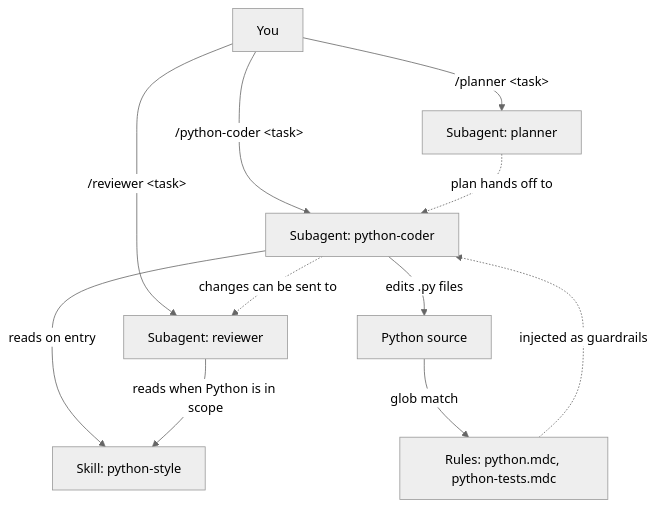
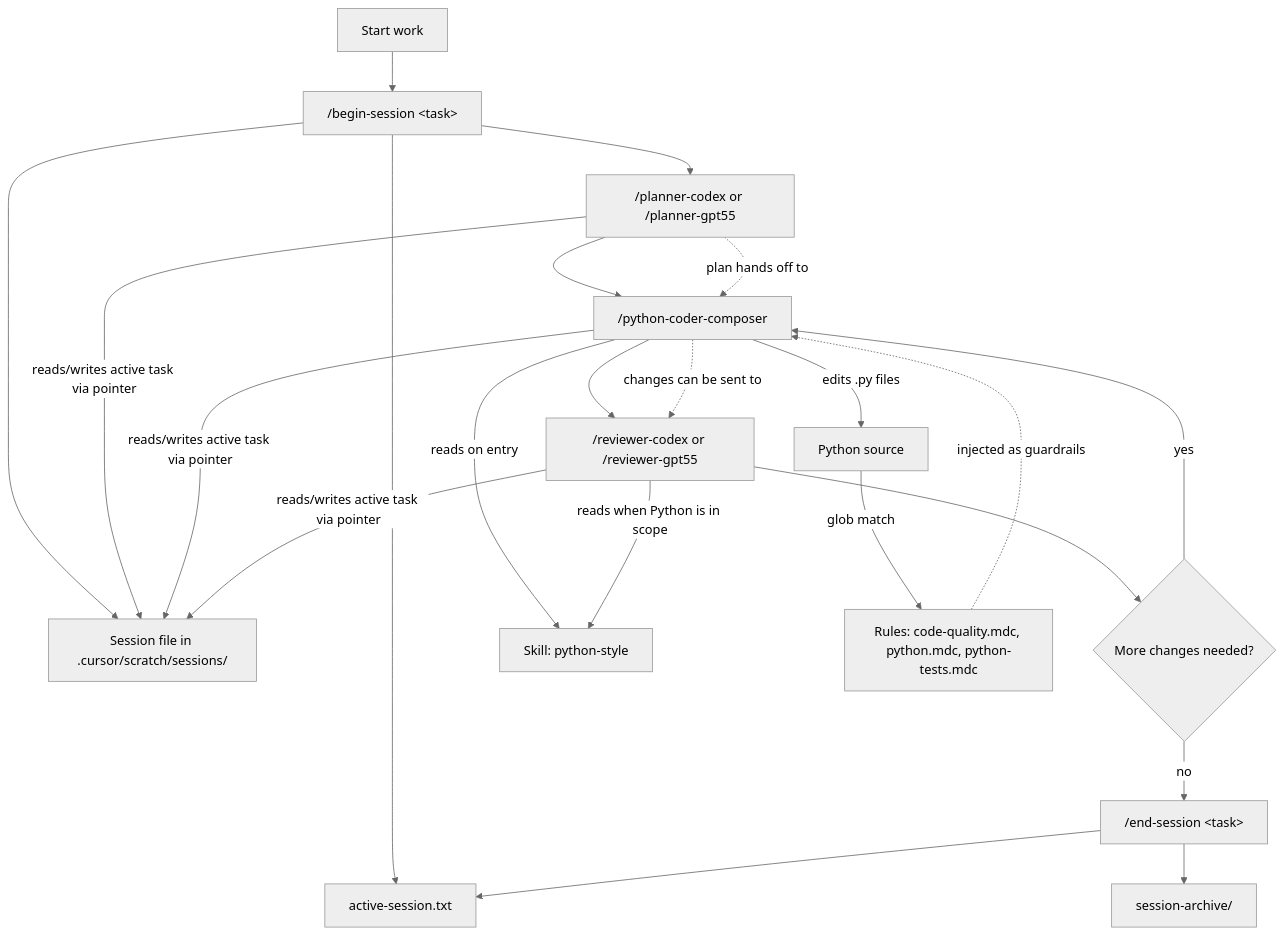
Before and after one commit to aaroncouch/CouchPilot: the diagram in README.md, drawn with Mermaid (neutral theme). The commit also changed other lines of this file and 19 other files, not shown here.

First line of the commit message:
Introduce model-specific Cursor workflow and global quality guardrails.

````diff
--- a/README.md
+++ b/README.md
@@ -121,13 +186,24 @@
 ```mermaid
 flowchart TD
-  user["You"] -->|"/planner &lt;task&gt;"| plan["Subagent: planner"]
-  user -->|"/python-coder &lt;task&gt;"| code["Subagent: python-coder"]
-  user -->|"/reviewer &lt;task&gt;"| review["Subagent: reviewer"]
+  start["Start work"] --> begin["/begin-session &lt;task&gt;"]
+  begin --> pointer["active-session.txt"]
+  begin --> session["Session file in .cursor/scratch/sessions/"]
+  begin --> plan["/planner-codex or /planner-gpt55"]
+  plan --> code["/python-coder-composer"]
+  code --> review["/reviewer-codex or /reviewer-gpt55"]
+  review --> iterate{"More changes needed?"}
+  iterate -- yes --> code
+  iterate -- no --> endcmd["/end-session &lt;task&gt;"]
   plan -.->|"plan hands off to"| code
   code -.->|"changes can be sent to"| review
+  plan -->|"reads/writes active task via pointer"| session
+  code -->|"reads/writes active task via pointer"| session
+  review -->|"reads/writes active task via pointer"| session
   code -->|"reads on entry"| skill["Skill: python-style"]
   review -->|"reads when Python is in scope"| skill
   code -->|"edits .py files"| files["Python source"]
-  files -->|"glob match"| rules["Rules: python.mdc, python-tests.mdc"]
+  files -->|"glob match"| rules["Rules: code-quality.mdc, python.mdc, python-tests.mdc"]
   rules -.->|"injected as guardrails"| code
+  endcmd --> archive["session-archive/"]
+  endcmd --> pointer
 ```
````
